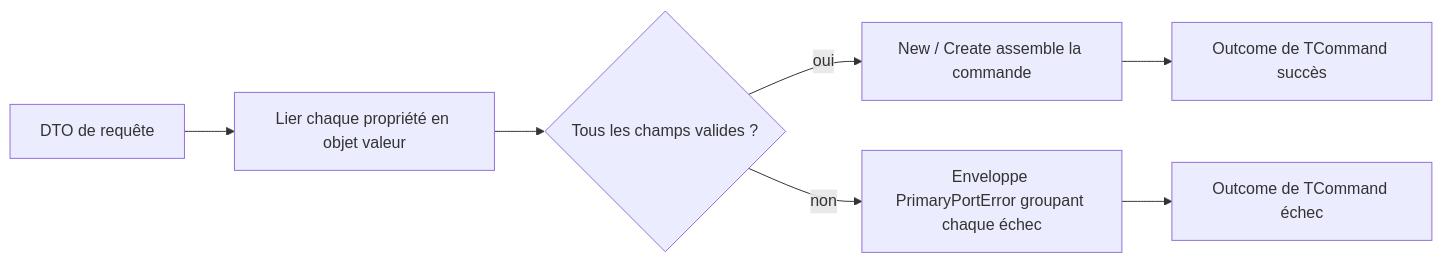
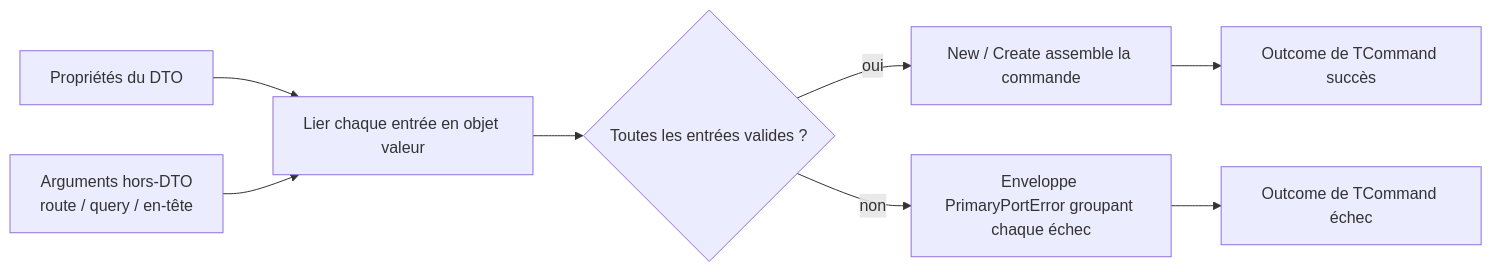
The diagram in doc/handwritten/for-users/RequestBinder.fr.md (Reefact/first-class-errors), drawn with Mermaid before and after one commit. The commit also changed other lines of this file and 44 other files, not shown here.

````diff
--- a/doc/handwritten/for-users/RequestBinder.fr.md
+++ b/doc/handwritten/for-users/RequestBinder.fr.md
@@ -21,9 +21,10 @@
 ```mermaid
 flowchart LR
-    A[DTO de requête] --> B[Lier chaque propriété en objet valeur]
-    B --> C{Tous les champs valides ?}
+    A[Propriétés du DTO] --> B[Lier chaque entrée en objet valeur]
+    A2[Arguments hors-DTO<br/>route / query / en-tête] --> B
+    B --> C{Toutes les entrées valides ?}
     C -->|oui| D[New / Create assemble la commande]
     C -->|non| E[Enveloppe PrimaryPortError groupant chaque échec]
     D --> F[Outcome de TCommand succès]
     E --> F2[Outcome de TCommand échec]
 ```
````
